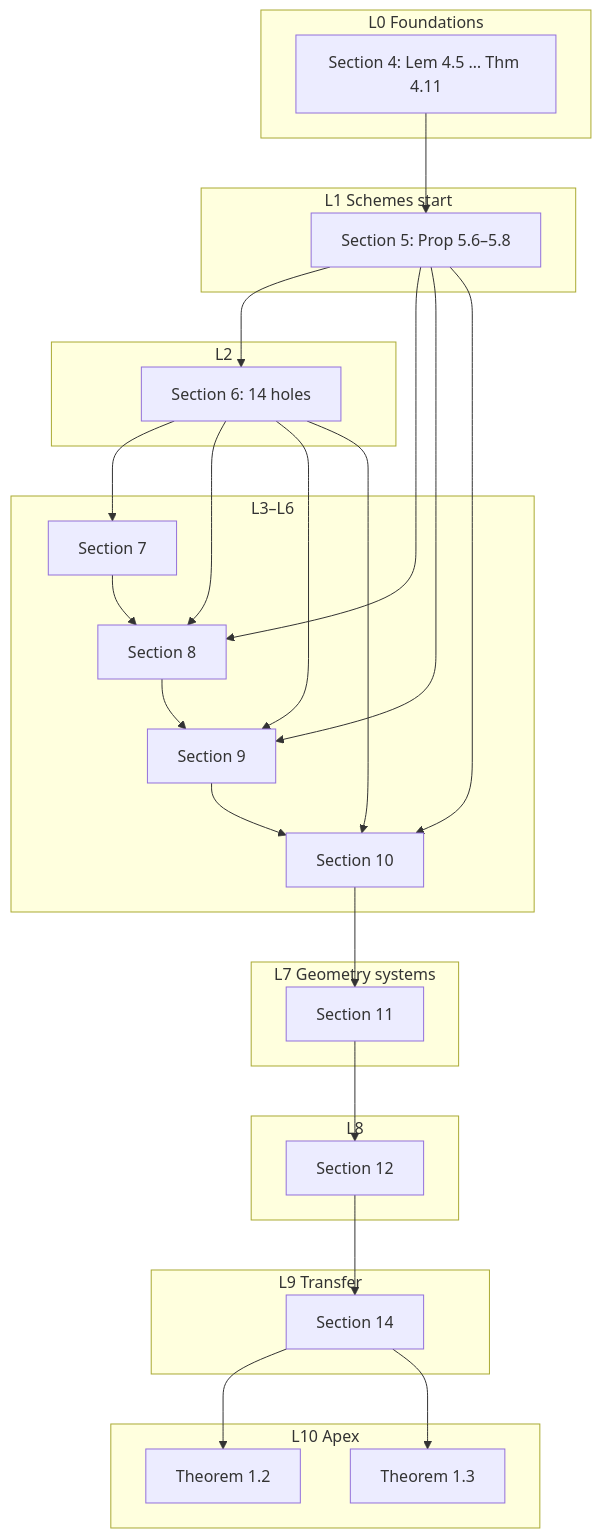
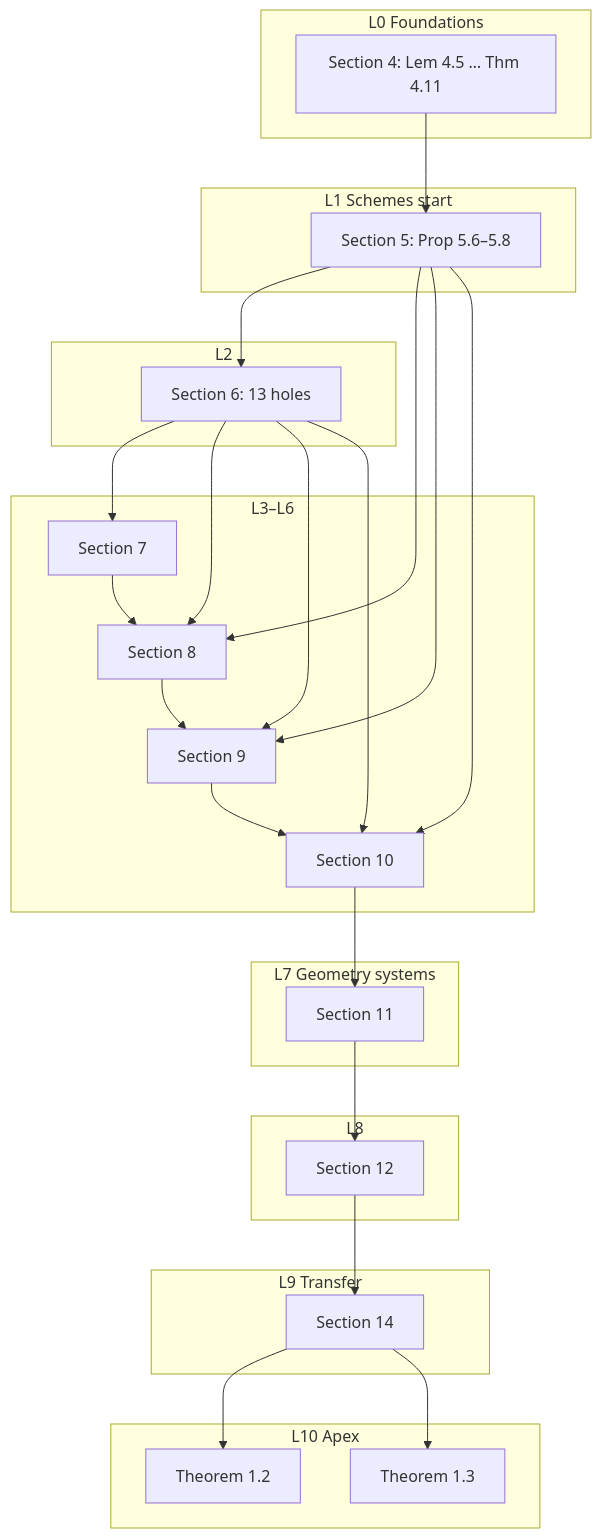
The diagram in HOLES.md (catskillsresearch/aec), drawn with Mermaid before and after one commit. The commit also changed other lines of this file and 6 other files, not shown here.

````diff
--- a/HOLES.md
+++ b/HOLES.md
@@ -51,40 +51,40 @@
 ```mermaid
 flowchart TD
   subgraph L0 [L0 Foundations]
     S4["Section 4: Lem 4.5 … Thm 4.11"]
   end
   subgraph L1 [L1 Schemes start]
     S5["Section 5: Prop 5.6–5.8"]
   end
   subgraph L2 [L2]
-    S6["Section 6: 14 holes"]
+    S6["Section 6: 13 holes"]
   end
   subgraph L3to6 [L3–L6]
     S7["Section 7"]
     S8["Section 8"]
     S9["Section 9"]
     S10["Section 10"]
   end
   subgraph L7 [L7 Geometry systems]
     S11["Section 11"]
   end
   subgraph L8 [L8]
     S12["Section 12"]
   end
   subgraph L9 [L9 Transfer]
     S14["Section 14"]
   end
   subgraph L10 [L10 Apex]
     T12["Theorem 1.2"]
     T13["Theorem 1.3"]
   end
   S4 --> S5 --> S6 --> S7 --> S8 --> S9 --> S10
   S5 --> S8
   S5 --> S9
   S5 --> S10
   S6 --> S8
   S6 --> S9
   S6 --> S10
   S10 --> S11 --> S12 --> S14 --> T12
   S14 --> T13
 ```
````
